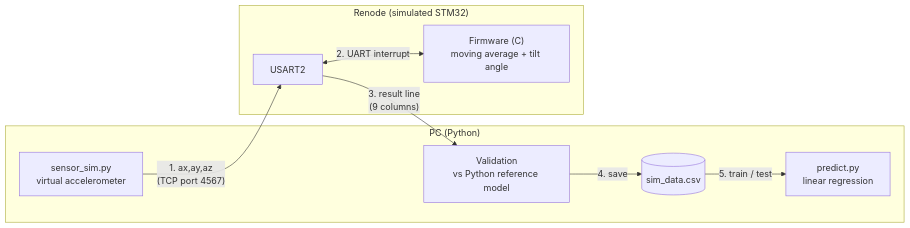
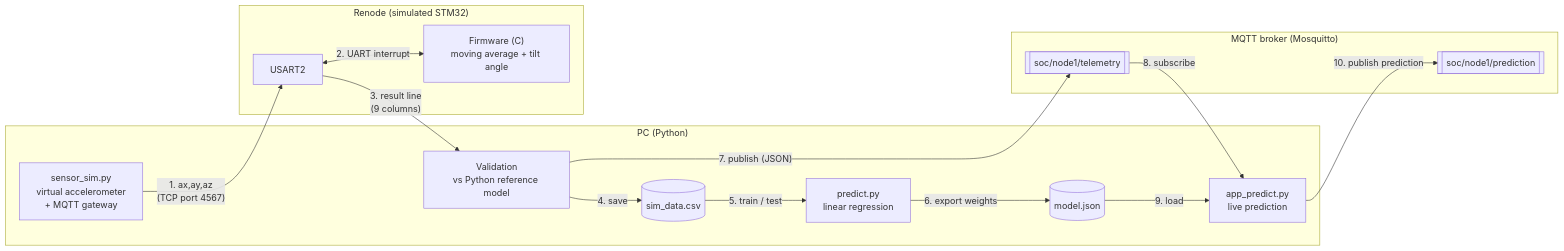
One commit to mahmon5/renode_simulation_stm32_iot_prediction changed the diagram in README.md. Above: the diagram before and after it, drawn with Mermaid. The commit also changed other lines of this file and 29 other files, not shown here.

````diff
--- a/README.md
+++ b/README.md
@@ -8,18 +37,29 @@
 ```mermaid
 flowchart LR
     subgraph PC["PC (Python)"]
-        S["sensor_sim.py<br/>virtual accelerometer"]
+        S["sensor_sim.py<br/>virtual accelerometer<br/>+ MQTT gateway"]
         V["Validation<br/>vs Python reference model"]
         D[("sim_data.csv")]
         P["predict.py<br/>linear regression"]
+        M[("model.json")]
+        A["app_predict.py<br/>live prediction"]
     end
     subgraph RN["Renode (simulated STM32)"]
         U["USART2"]
         F["Firmware (C)<br/>moving average + tilt angle"]
+    end
+    subgraph MQ["MQTT broker (Mosquitto)"]
+        T[["soc/node1/telemetry"]]
+        R[["soc/node1/prediction"]]
     end
     S -- "1. ax,ay,az<br/>(TCP port 4567)" --> U
     U <-- "2. UART interrupt" --> F
     U -- "3. result line<br/>(9 columns)" --> V
     V -- "4. save" --> D
     D -- "5. train / test" --> P
+    P -- "6. export weights" --> M
+    V -- "7. publish (JSON)" --> T
+    T -- "8. subscribe" --> A
+    M -- "9. load" --> A
+    A -- "10. publish prediction" --> R
 ```
````
